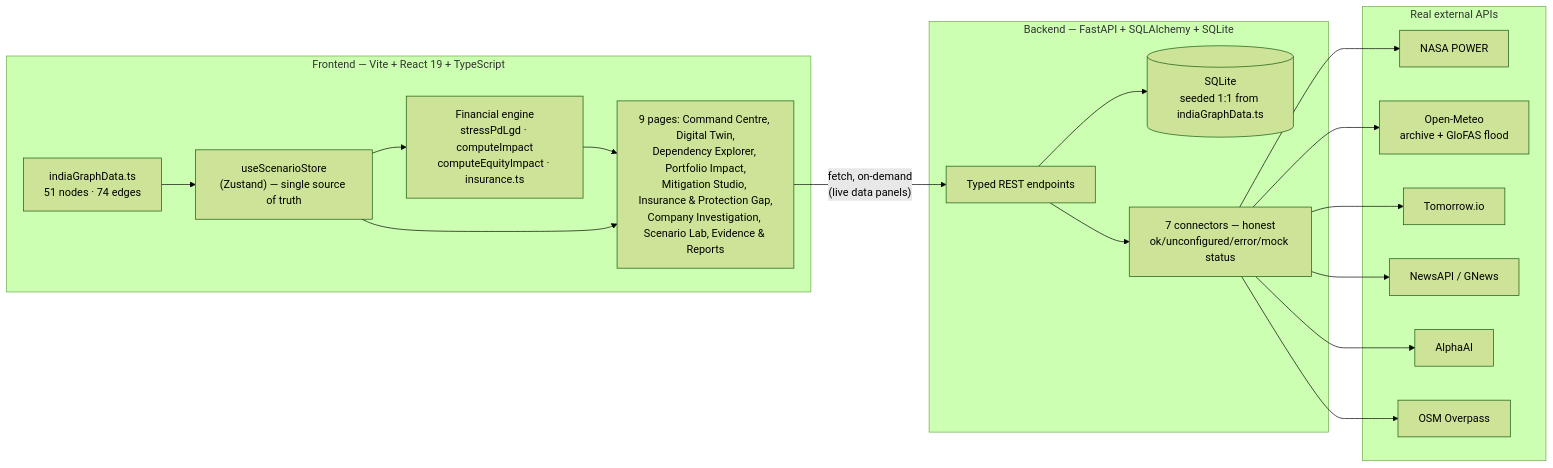
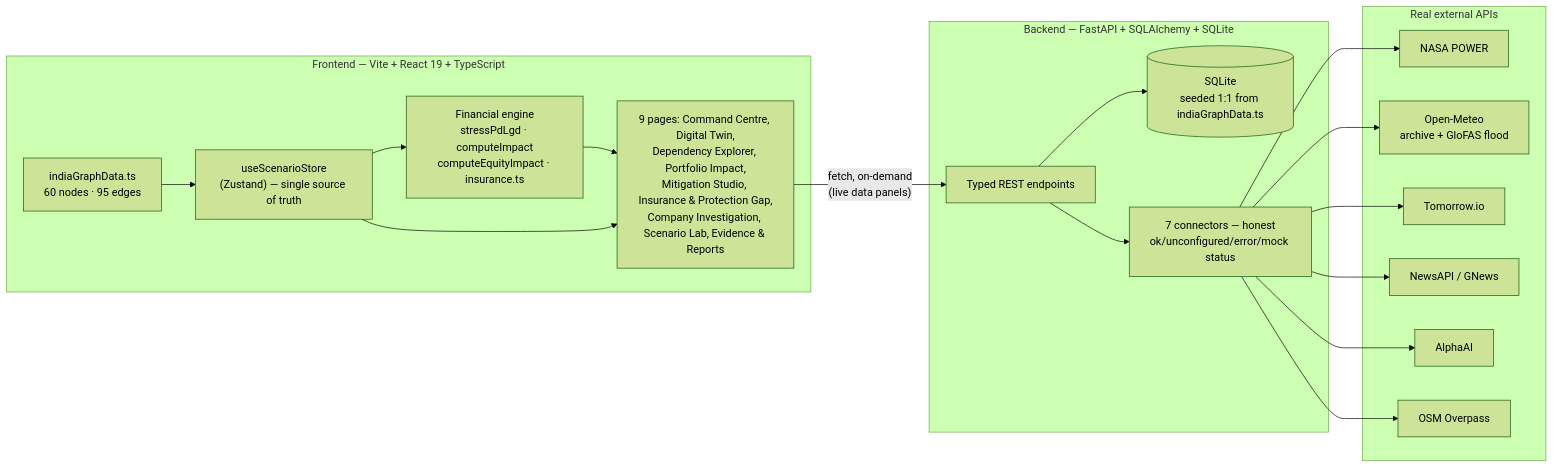
The diagram in README.md (vizsh/Fusion_CLIMATRIX), drawn with Mermaid (forest theme) before and after one commit. The commit also changed other lines of this file and 14 other files, not shown here.

````diff
--- a/README.md
+++ b/README.md
@@ -211,33 +211,33 @@
 ```mermaid
 flowchart LR
     subgraph Frontend["Frontend — Vite + React 19 + TypeScript"]
-        Graph["indiaGraphData.ts\n51 nodes · 74 edges"]
+        Graph["indiaGraphData.ts\n60 nodes · 95 edges"]
         Store["useScenarioStore\n(Zustand) — single source of truth"]
         Engine["Financial engine\nstressPdLgd · computeImpact\ncomputeEquityImpact · insurance.ts"]
         Pages["9 pages: Command Centre, Digital Twin,\nDependency Explorer, Portfolio Impact,\nMitigation Studio, Insurance & Protection Gap,\nCompany Investigation, Scenario Lab, Evidence & Reports"]
         Graph --> Store
         Store --> Engine
         Engine --> Pages
         Store --> Pages
     end
 
     subgraph Backend["Backend — FastAPI + SQLAlchemy + SQLite"]
         API["Typed REST endpoints"]
         DB[("SQLite\nseeded 1:1 from indiaGraphData.ts")]
         Connectors["7 connectors — honest\nok/unconfigured/error/mock status"]
         API --> DB
         API --> Connectors
     end
 
     subgraph External["Real external APIs"]
         NASA["NASA POWER"]
         OM["Open-Meteo\narchive + GloFAS flood"]
         TIO["Tomorrow.io"]
         News["NewsAPI / GNews"]
         Alpha["AlphaAI"]
         OSM["OSM Overpass"]
     end
 
     Pages -- "fetch, on-demand\n(live data panels)" --> API
     Connectors --> NASA & OM & TIO & News & Alpha & OSM
 ```
````
